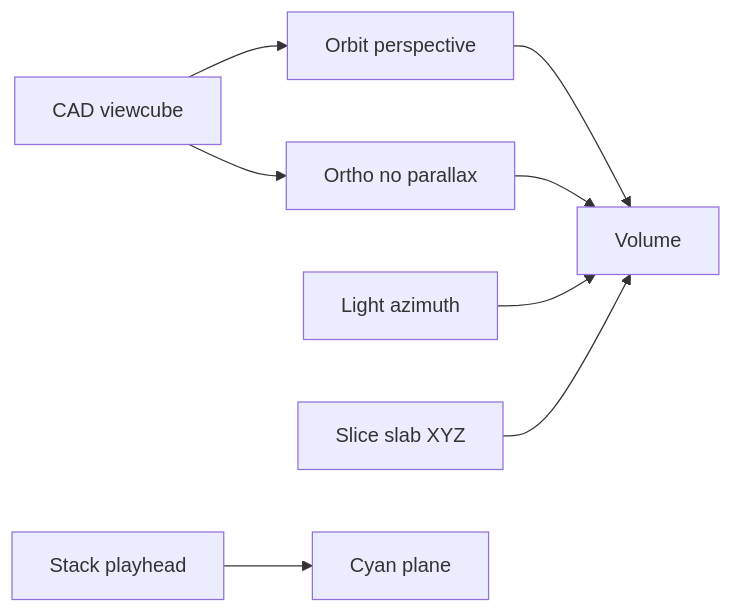
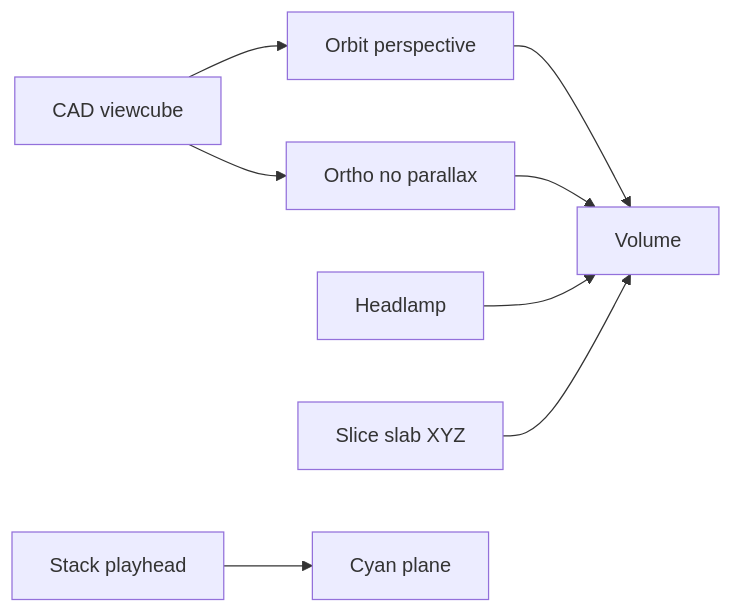
Before and after one commit to PiMaV/DONNER: diagram 13 of 27 in architecture.md, drawn with Mermaid. The commit also changed other lines of this file and 10 other files, not shown here.

Commit message:
Make lighting a view-locked headlamp so orbit and AR walk keep the facing side lit without a Light slider.

````diff
--- a/architecture.md
+++ b/architecture.md
@@ -290,16 +289,16 @@
 ```mermaid
 flowchart LR
   orbit[Orbit perspective]
   ortho[Ortho no parallax]
   gizmo[CAD viewcube]
-  light[Light azimuth]
+  lamp[Headlamp]
   slab[Slice slab XYZ]
   scrub[Stack playhead]
   orbit --> volume[Volume]
   ortho --> volume
   gizmo --> orbit
   gizmo --> ortho
-  light --> volume
+  lamp --> volume
   slab --> volume
   scrub --> plane[Cyan plane]
 ```
````
